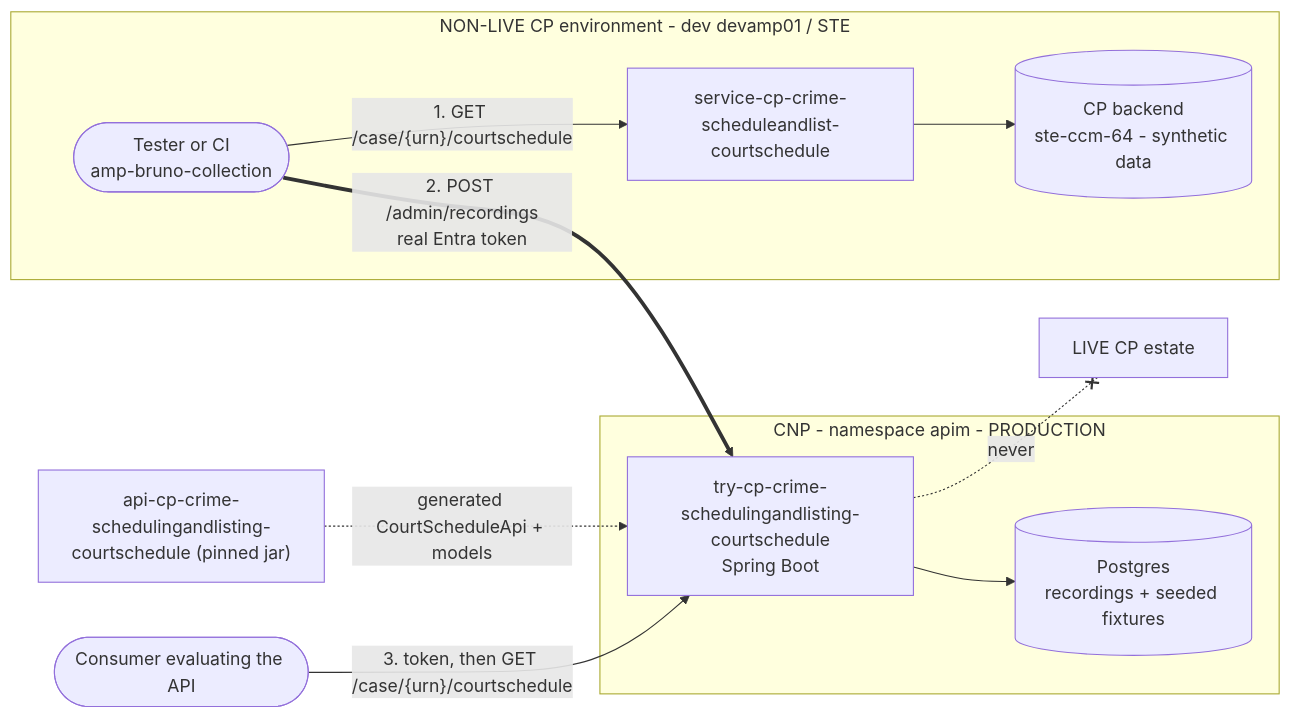
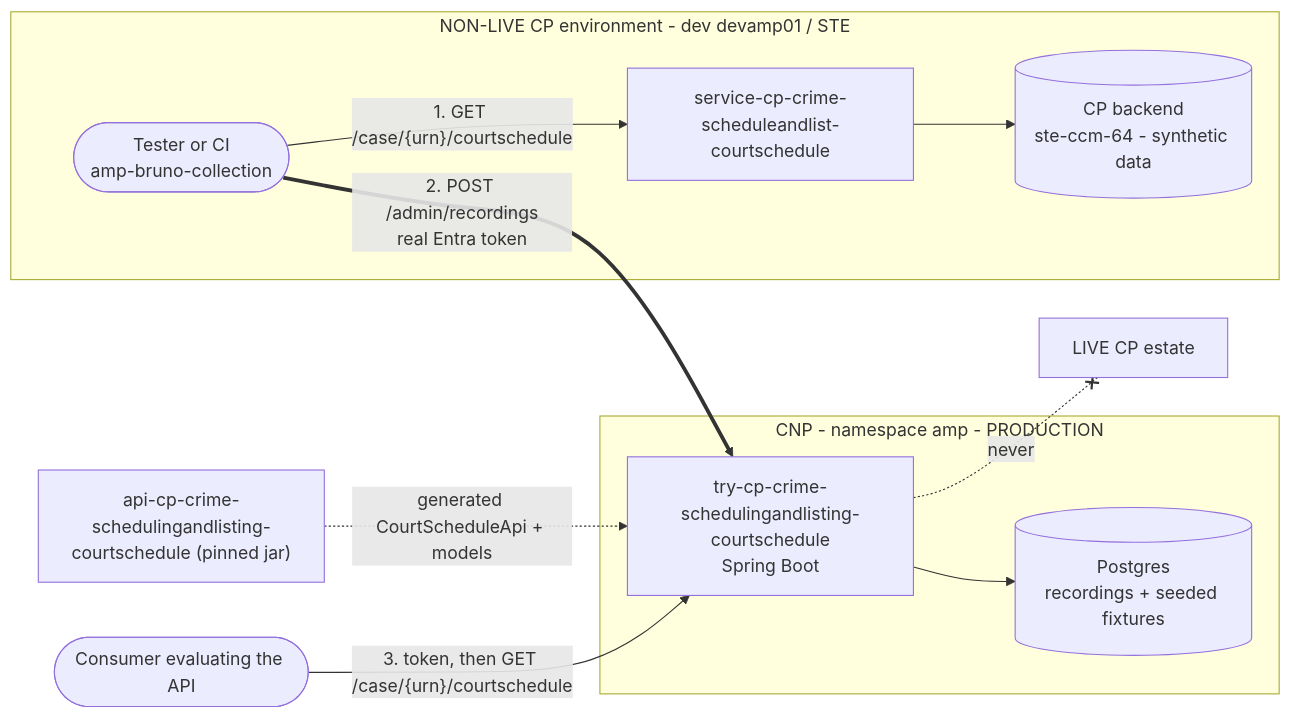
One commit to hmcts/try-cp-crime-schedulingandlisting-courtschedule changed the first of 4 diagrams in README.md. Above: the diagram before and after it, drawn with Mermaid. The commit also changed other lines of this file and 36 other files, not shown here.

First line of the commit message:
Move the product from apim to amp

````diff
--- a/README.md
+++ b/README.md
@@ -34,27 +34,27 @@
 ```mermaid
 flowchart LR
   CONS(["Consumer evaluating the API"])
 
   subgraph LOWER["NON-LIVE CP environment - dev devamp01 / STE"]
     CAP(["Tester or CI<br/>amp-bruno-collection"])
     SVC["service-cp-crime-scheduleandlist-<br/>courtschedule"]
     CPB[("CP backend<br/>ste-ccm-64 - synthetic data")]
     CAP -- "1. GET /case/{urn}/courtschedule" --> SVC
     SVC --> CPB
   end
 
-  subgraph CNP["CNP - namespace apim - PRODUCTION"]
+  subgraph CNP["CNP - namespace amp - PRODUCTION"]
     TIN["try-cp-crime-<br/>schedulingandlisting-courtschedule<br/>Spring Boot"]
     STUB[("Postgres<br/>recordings + seeded fixtures")]
     TIN --> STUB
   end
 
   CONTRACT["api-cp-crime-schedulingandlisting-<br/>courtschedule (pinned jar)"]
 
   CONTRACT -. "generated CourtScheduleApi + models" .-> TIN
   CAP == "2. POST /admin/recordings<br/>real Entra token" ==> TIN
   CONS -- "3. token, then GET /case/{urn}/courtschedule" --> TIN
 
   LIVE["LIVE CP estate"]
   TIN -. "never" .-x LIVE
 ```
````
